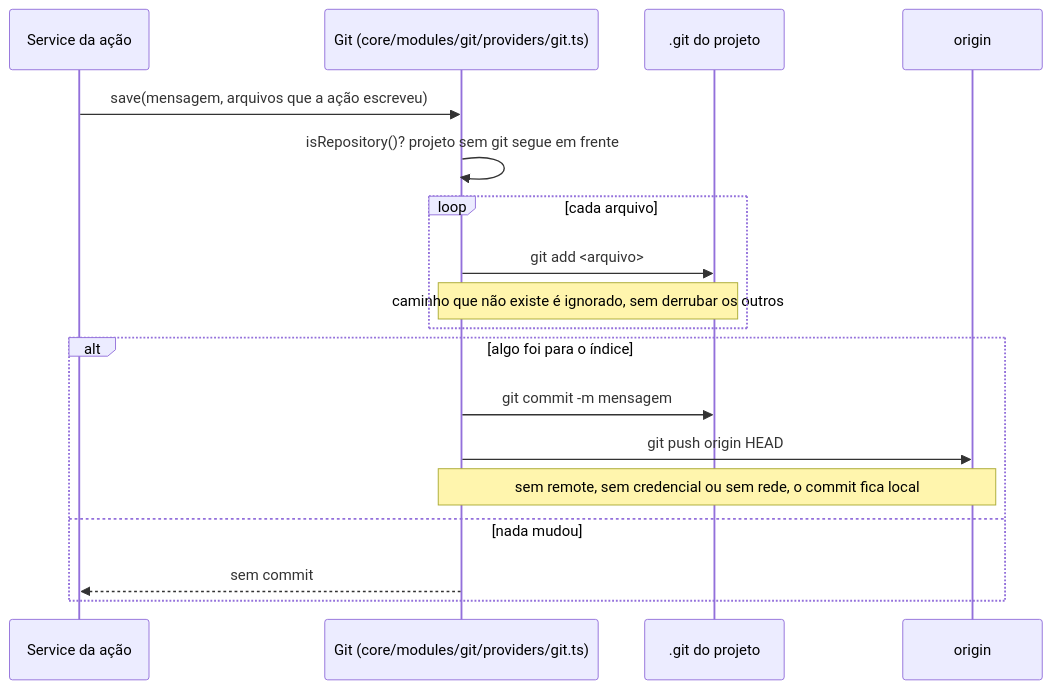
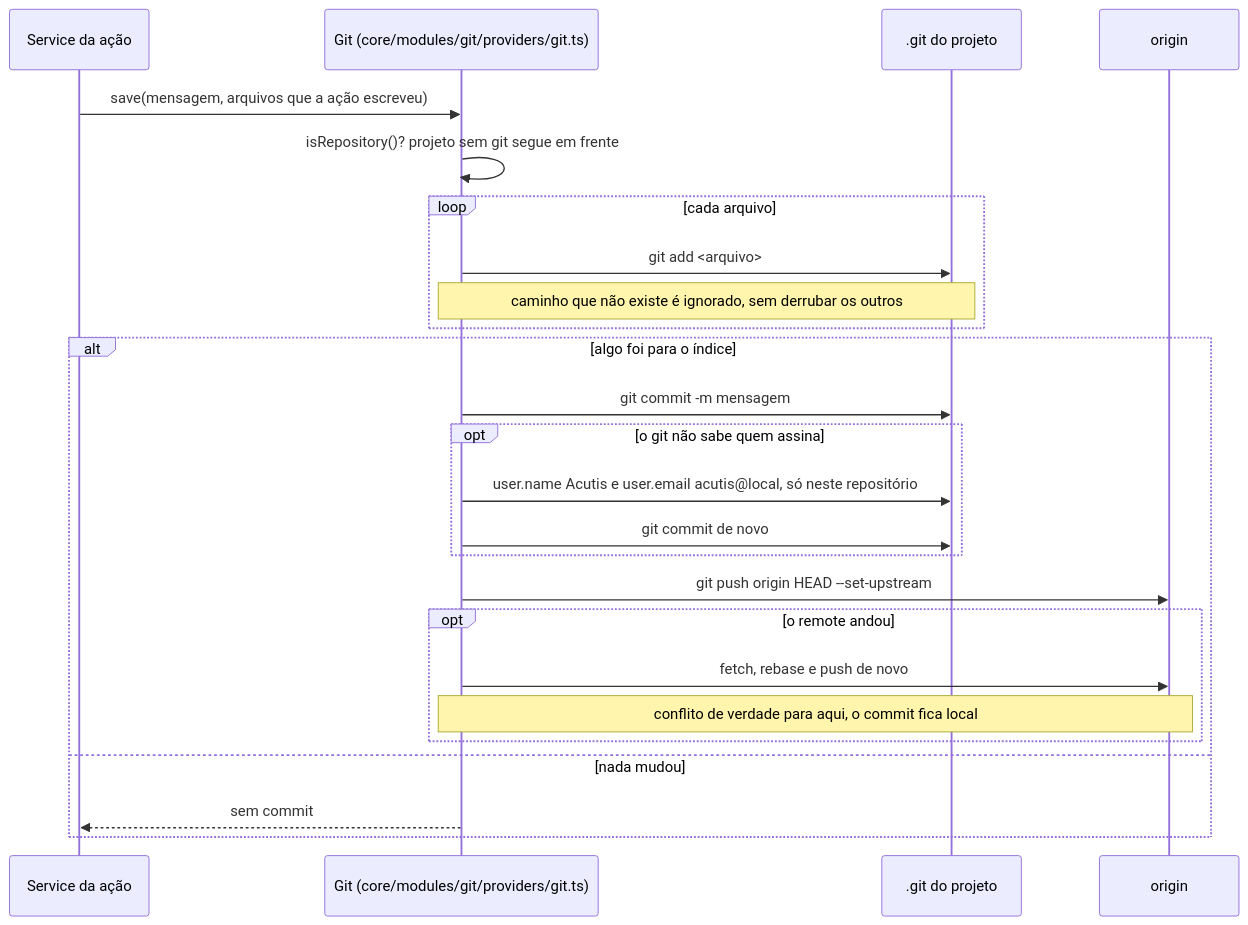
One commit to KauanCalheiro/acutis changed diagram 27 of 28 in docs/DIAGRAMS/SEQUENCE-DIAGRAMS.md. Above: the diagram before and after it, drawn with Mermaid. The commit also changed other lines of this file and 7 other files, not shown here.

````diff
--- a/docs/DIAGRAMS/SEQUENCE-DIAGRAMS.md
+++ b/docs/DIAGRAMS/SEQUENCE-DIAGRAMS.md
@@ -503,21 +925,28 @@
 ```mermaid
 sequenceDiagram
   participant S as Service da ação
   participant G as Git (core/modules/git/providers/git.ts)
   participant Repo as .git do projeto
   participant Remote as origin
 
   S->>G: save(mensagem, arquivos que a ação escreveu)
   G->>G: isRepository()? projeto sem git segue em frente
   loop cada arquivo
     G->>Repo: git add <arquivo>
     Note over G,Repo: caminho que não existe é ignorado, sem derrubar os outros
   end
   alt algo foi para o índice
     G->>Repo: git commit -m mensagem
-    G->>Remote: git push origin HEAD
-    Note over G,Remote: sem remote, sem credencial ou sem rede, o commit fica local
+    opt o git não sabe quem assina
+      G->>Repo: user.name Acutis e user.email acutis@local, só neste repositório
+      G->>Repo: git commit de novo
+    end
+    G->>Remote: git push origin HEAD --set-upstream
+    opt o remote andou
+      G->>Remote: fetch, rebase e push de novo
+      Note over G,Remote: conflito de verdade para aqui, o commit fica local
+    end
   else nada mudou
     G-->>S: sem commit
   end
 ```
````
